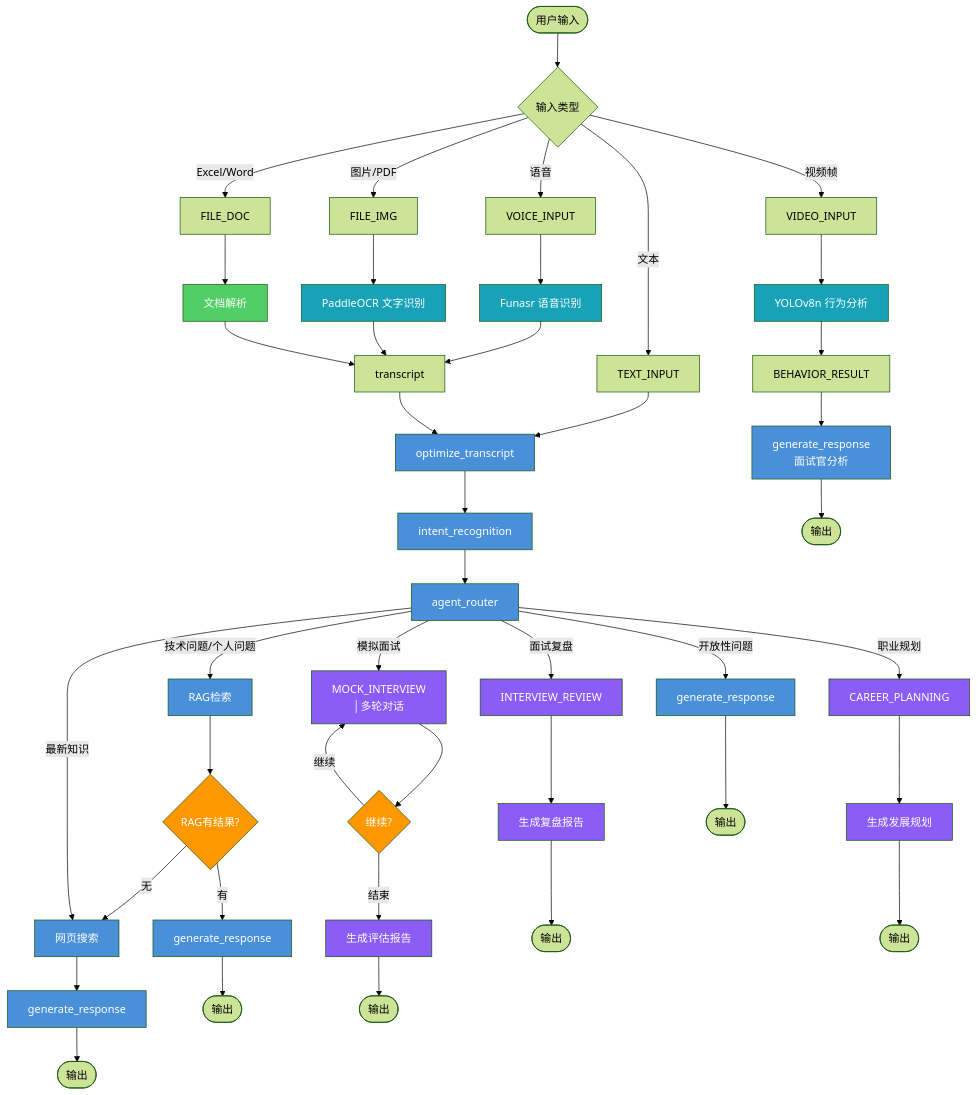
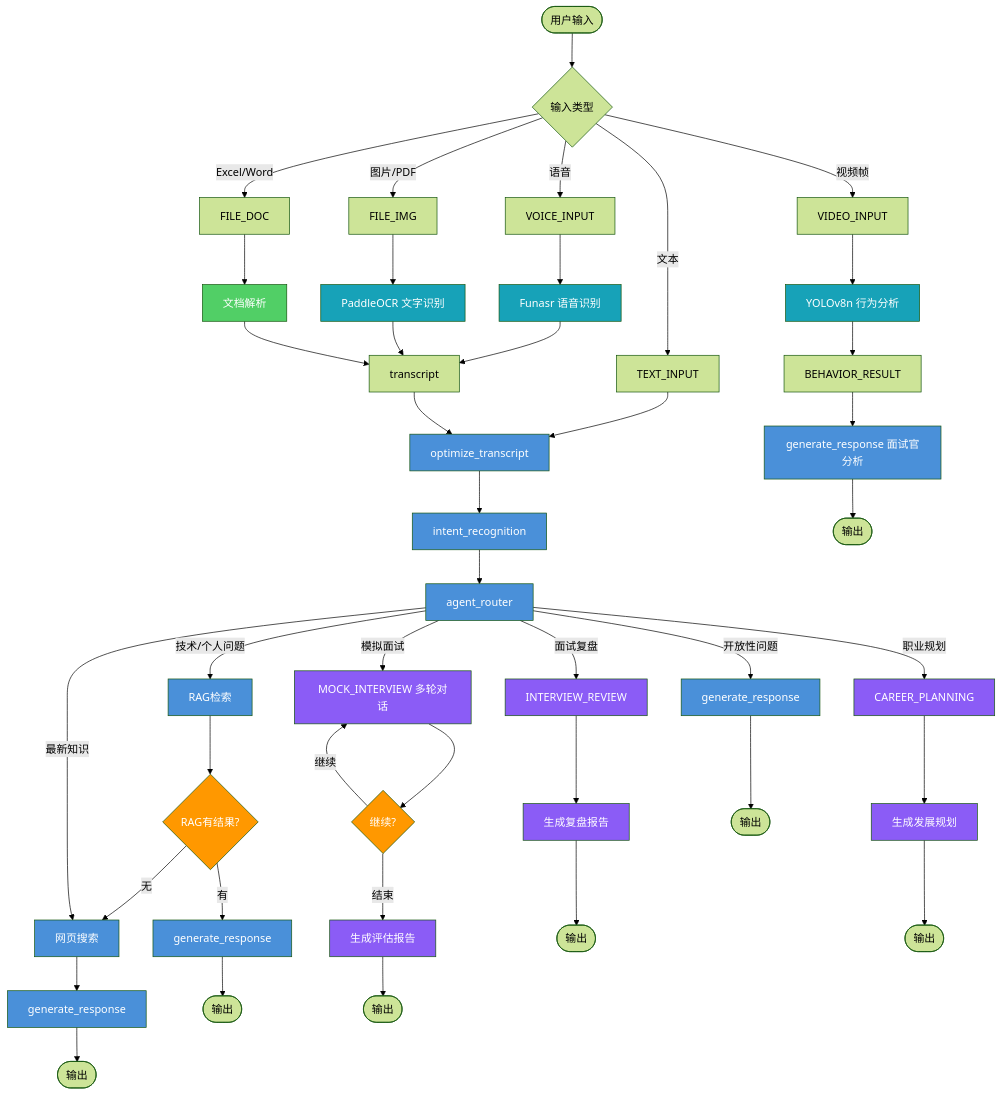
Before and after one commit to MM-arthur/LangChain-AI-Stack: the diagram in README.md, drawn with Mermaid (forest theme). The commit also changed other lines of this file and 1 other file, not shown here.

````diff
--- a/README.md
+++ b/README.md
@@ -155,82 +67,80 @@
 ```mermaid
 graph TD
     START([用户输入]) --> INPUT_TYPE{输入类型}
 
     INPUT_TYPE -->|文本| TEXT_INPUT
     INPUT_TYPE -->|语音| VOICE_INPUT
     INPUT_TYPE -->|视频帧| VIDEO_INPUT
     INPUT_TYPE -->|图片/PDF| FILE_IMG
     INPUT_TYPE -->|Excel/Word| FILE_DOC
 
     TEXT_INPUT --> OPTIMIZE
     VOICE_INPUT --> WHISPER[Funasr 语音识别]
     WHISPER --> TRANSCRIPT[transcript]
     TRANSCRIPT --> OPTIMIZE
 
     FILE_IMG --> OCR[PaddleOCR 文字识别]
     OCR --> TRANSCRIPT
 
     FILE_DOC --> DOC_PARSE[文档解析]
     DOC_PARSE --> TRANSCRIPT
 
     VIDEO_INPUT --> YOLO[YOLOv8n 行为分析]
     YOLO --> BEHAVIOR_RESULT
 
     OPTIMIZE[optimize_transcript] --> INTENT[intent_recognition]
     INTENT --> ROUTER[agent_router]
 
-    ROUTER -->|技术问题/个人问题| RAG[RAG检索]
+    ROUTER -->|技术/个人问题| RAG[RAG检索]
     RAG --> CHECK1{RAG有结果?}
     CHECK1 -->|有| GENERATE_RAG[generate_response]
     CHECK1 -->|无| SEARCH
 
     ROUTER -->|最新知识| SEARCH[网页搜索]
     SEARCH --> GENERATE_WEB[generate_response]
 
     ROUTER -->|开放性问题| GENERATE_OPEN[generate_response]
 
-    ROUTER -->|模拟面试| MOCK[MOCK_INTERVIEW
-    │多轮对话]
+    ROUTER -->|模拟面试| MOCK[MOCK_INTERVIEW 多轮对话]
     MOCK --> MOCK_LOOP{继续?}
     MOCK_LOOP -->|继续| MOCK
     MOCK_LOOP -->|结束| MOCK_REPORT[生成评估报告]
 
     ROUTER -->|面试复盘| REVIEW[INTERVIEW_REVIEW]
     REVIEW --> REVIEW_RPT[生成复盘报告]
 
     ROUTER -->|职业规划| CAREER[CAREER_PLANNING]
     CAREER --> CAREER_PLAN[生成发展规划]
 
-    BEHAVIOR_RESULT --> BEHAVIOR_RESP[generate_response
-    面试官分析]
+    BEHAVIOR_RESULT --> BEHAVIOR_RESP[generate_response 面试官分析]
 
     GENERATE_RAG --> END1([输出])
     GENERATE_WEB --> END2([输出])
     GENERATE_OPEN --> END3([输出])
     BEHAVIOR_RESP --> END4([输出])
     MOCK_REPORT --> END5([输出])
     REVIEW_RPT --> END6([输出])
     CAREER_PLAN --> END7([输出])
 
     style OPTIMIZE fill:#4a90d9,color:#fff
     style INTENT fill:#4a90d9,color:#fff
     style ROUTER fill:#4a90d9,color:#fff
     style RAG fill:#4a90d9,color:#fff
     style SEARCH fill:#4a90d9,color:#fff
     style MOCK fill:#8b5cf6,color:#fff
     style REVIEW fill:#8b5cf6,color:#fff
     style CAREER fill:#8b5cf6,color:#fff
     style GENERATE_RAG fill:#4a90d9,color:#fff
     style GENERATE_WEB fill:#4a90d9,color:#fff
     style GENERATE_OPEN fill:#4a90d9,color:#fff
     style BEHAVIOR_RESP fill:#4a90d9,color:#fff
     style MOCK_REPORT fill:#8b5cf6,color:#fff
     style REVIEW_RPT fill:#8b5cf6,color:#fff
     style CAREER_PLAN fill:#8b5cf6,color:#fff
     style WHISPER fill:#17a2b8,color:#fff
     style YOLO fill:#17a2b8,color:#fff
     style OCR fill:#17a2b8,color:#fff
     style DOC_PARSE fill:#51cf66,color:#fff
     style CHECK1 fill:#ff9800,color:#fff
     style MOCK_LOOP fill:#ff9800,color:#fff
 ```
````
